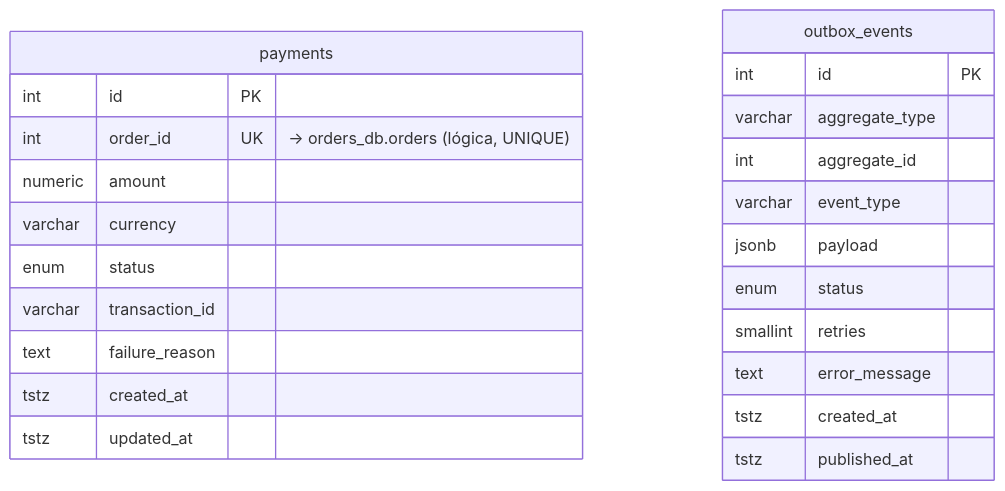
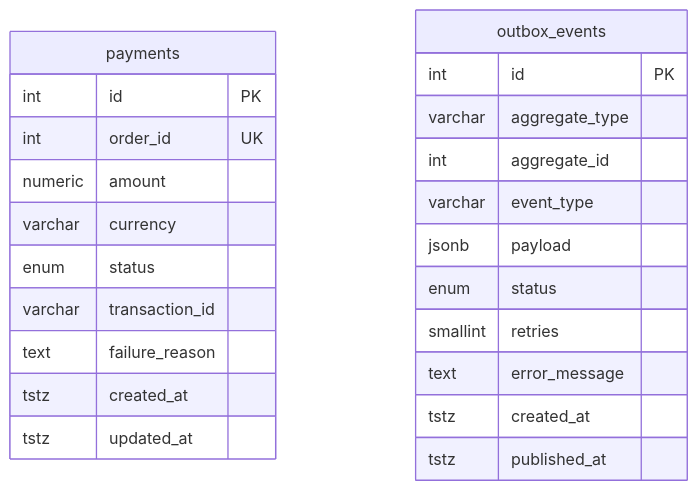
Before and after one commit to Null01/technical-interview-kibernum: the third of 3 diagrams in docs/relation-diagram.md, drawn with Mermaid. The commit also changed other lines of this file and 6 other files, not shown here.

Commit message:
docs: 📖️ update DDLs and DMLs, update ER diagram with new field.

````diff
--- a/docs/relation-diagram.md
+++ b/docs/relation-diagram.md
@@ -172,28 +173,28 @@
 ```mermaid
 erDiagram
 
     payments {
         int     id             PK
-        int     order_id       UK "→ orders_db.orders (lógica, UNIQUE)"
+        int     order_id       UK
         numeric amount
         varchar currency
         enum    status
         varchar transaction_id
         text    failure_reason
         tstz    created_at
         tstz    updated_at
     }
 
     outbox_events {
         int      id             PK
         varchar  aggregate_type
         int      aggregate_id
         varchar  event_type
         jsonb    payload
         enum     status
         smallint retries
         text     error_message
         tstz     created_at
         tstz     published_at
     }
 ```
````
